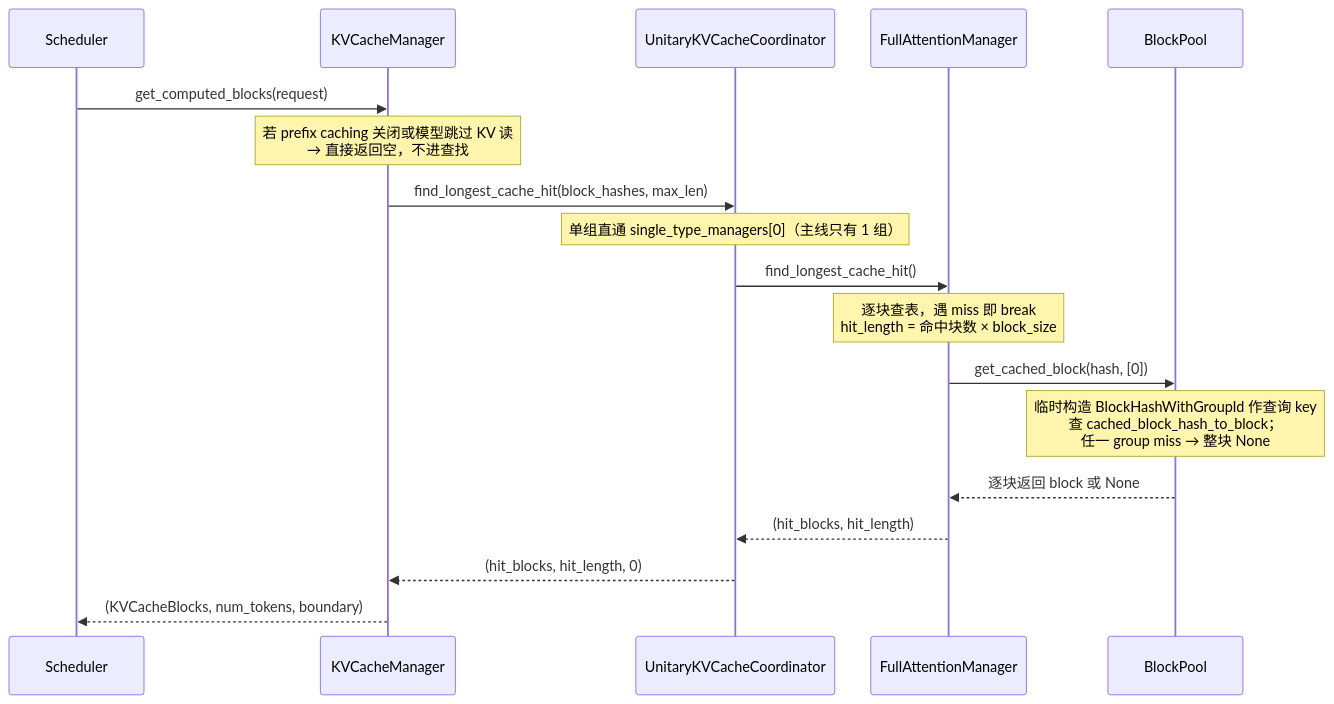
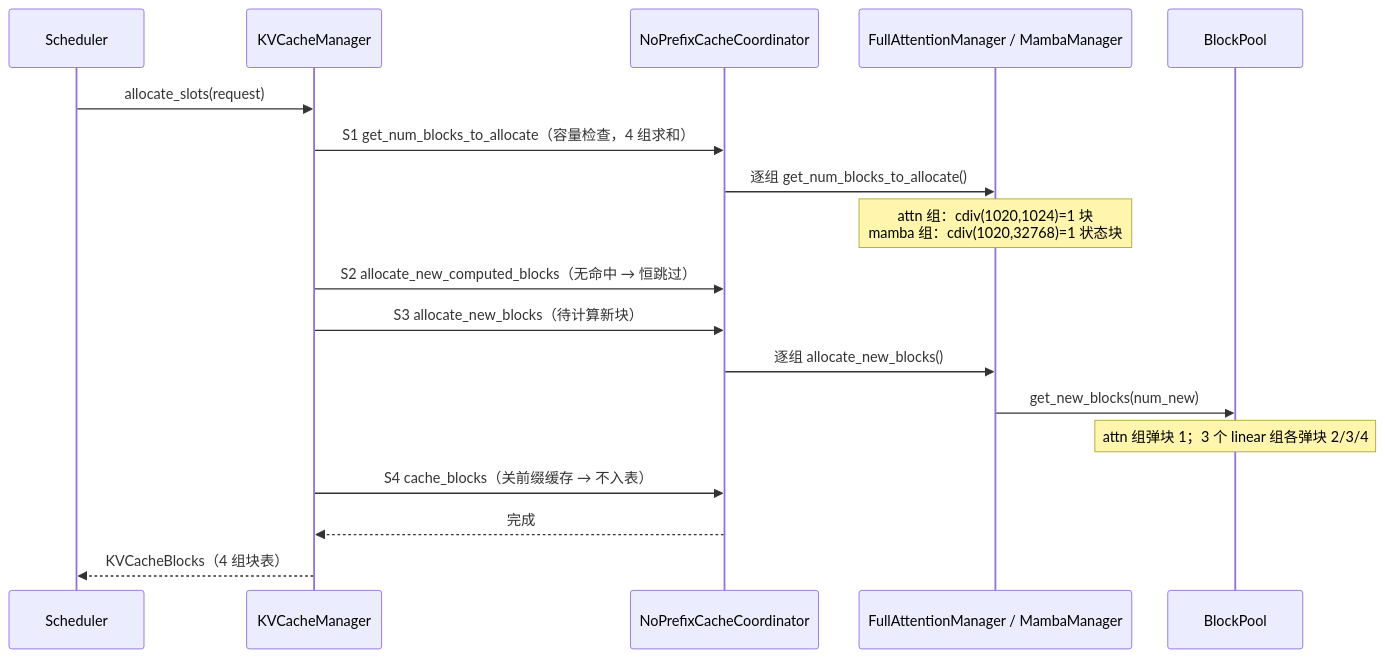
Before and after one commit to GoCHug/vllm: the third of 5 diagrams in vllm/v1/core/kvcache_study/kvcache_docs/npu_hybrid/2_runtime_sequence.md, drawn with Mermaid. The commit also changed other lines of this file and 3 other files, not shown here.

````diff
--- a/vllm/v1/core/kvcache_study/kvcache_docs/npu_hybrid/2_runtime_sequence.md
+++ b/vllm/v1/core/kvcache_study/kvcache_docs/npu_hybrid/2_runtime_sequence.md
@@ -223,21 +218,21 @@
 ```mermaid
 %%{init: {"themeVariables": {"actorFontSize": "11px", "messageFontSize": "11px", "noteFontSize": "11px"}, "sequence": {"actorMargin": 40, "messageMargin": 16, "noteMargin": 8, "boxMargin": 8, "mirrorActors": true}}}%%
 sequenceDiagram
     participant Scheduler
     participant KVCacheManager
-    participant UnitaryKVCacheCoordinator
-    participant FullAttentionManager
+    participant NoPrefixCacheCoordinator
+    participant Managers as FullAttentionManager / MambaManager
     participant BlockPool
-    Scheduler->>KVCacheManager: get_computed_blocks(request)
-    Note over KVCacheManager: 若 prefix caching 关闭或模型跳过 KV 读<br/>→ 直接返回空，不进查找
-    KVCacheManager->>UnitaryKVCacheCoordinator: find_longest_cache_hit(block_hashes, max_len)
-    Note over UnitaryKVCacheCoordinator: 单组直通 single_type_managers[0]（主线只有 1 组）
-    UnitaryKVCacheCoordinator->>FullAttentionManager: find_longest_cache_hit()
-    Note over FullAttentionManager: 逐块查表，遇 miss 即 break<br/>hit_length = 命中块数 × block_size
-    FullAttentionManager->>BlockPool: get_cached_block(hash, [0])
-    Note over BlockPool: 临时构造 BlockHashWithGroupId 作查询 key<br/>查 cached_block_hash_to_block；<br/>任一 group miss → 整块 None
-    BlockPool-->>FullAttentionManager: 逐块返回 block 或 None
-    FullAttentionManager-->>UnitaryKVCacheCoordinator: (hit_blocks, hit_length)
-    UnitaryKVCacheCoordinator-->>KVCacheManager: (hit_blocks, hit_length, 0)
-    KVCacheManager-->>Scheduler: (KVCacheBlocks, num_tokens, boundary)
+    Scheduler->>KVCacheManager: allocate_slots(request)
+    KVCacheManager->>NoPrefixCacheCoordinator: S1 get_num_blocks_to_allocate（容量检查，4 组求和）
+    NoPrefixCacheCoordinator->>Managers: 逐组 get_num_blocks_to_allocate()
+    Note over Managers: attn 组：cdiv(1020,1024)=1 块<br/>mamba 组：cdiv(1020,32768)=1 状态块
+    KVCacheManager->>NoPrefixCacheCoordinator: S2 allocate_new_computed_blocks（无命中 → 恒跳过）
+    KVCacheManager->>NoPrefixCacheCoordinator: S3 allocate_new_blocks（待计算新块）
+    NoPrefixCacheCoordinator->>Managers: 逐组 allocate_new_blocks()
+    Managers->>BlockPool: get_new_blocks(num_new)
+    Note over BlockPool: attn 组弹块 1；3 个 linear 组各弹块 2/3/4
+    KVCacheManager->>NoPrefixCacheCoordinator: S4 cache_blocks（关前缀缓存 → 不入表）
+    NoPrefixCacheCoordinator-->>KVCacheManager: 完成
+    KVCacheManager-->>Scheduler: KVCacheBlocks（4 组块表）
 ```
````
